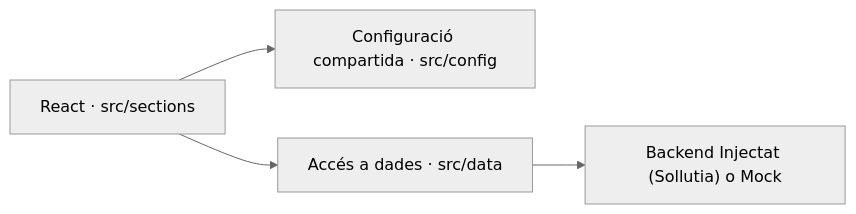
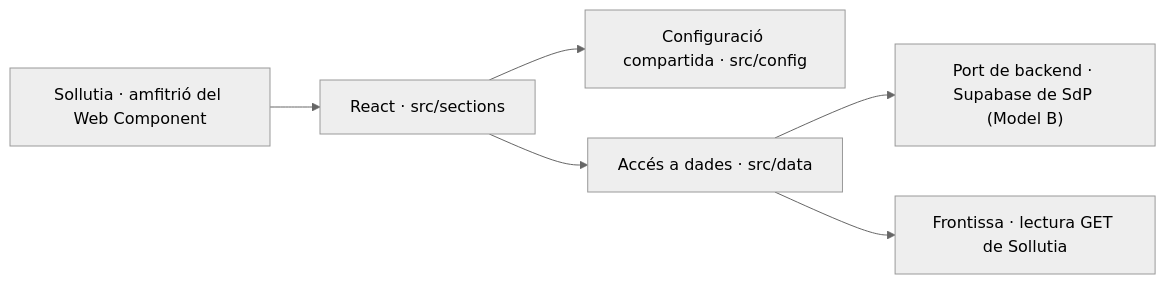
Before and after one commit to socdepoble/socdepoble.org: the first of 2 diagrams in _wiki_de_poble/02_saber/00_arquitectura_tecnica_unificada.md, drawn with Mermaid (neutral theme). The commit also changed other lines of this file and 190 other files, not shown here.

````diff
--- a/_wiki_de_poble/02_saber/00_arquitectura_tecnica_unificada.md
+++ b/_wiki_de_poble/02_saber/00_arquitectura_tecnica_unificada.md
@@ -22,6 +24,8 @@
 ```mermaid
 flowchart LR
-    UI["React · src/sections"] --> CFG["Configuració compartida · src/config"]
+    HOST["Sollutia · amfitrió del Web Component"] --> UI["React · src/sections"]
+    UI --> CFG["Configuració compartida · src/config"]
     UI --> DATA["Accés a dades · src/data"]
-    DATA --> REMOTE["Backend Injectat (Sollutia) o Mock"]
+    DATA --> PORT["Port de backend · Supabase de SdP (Model B)"]
+    DATA --> FRONT["Frontissa · lectura GET de Sollutia"]
 ```
````
